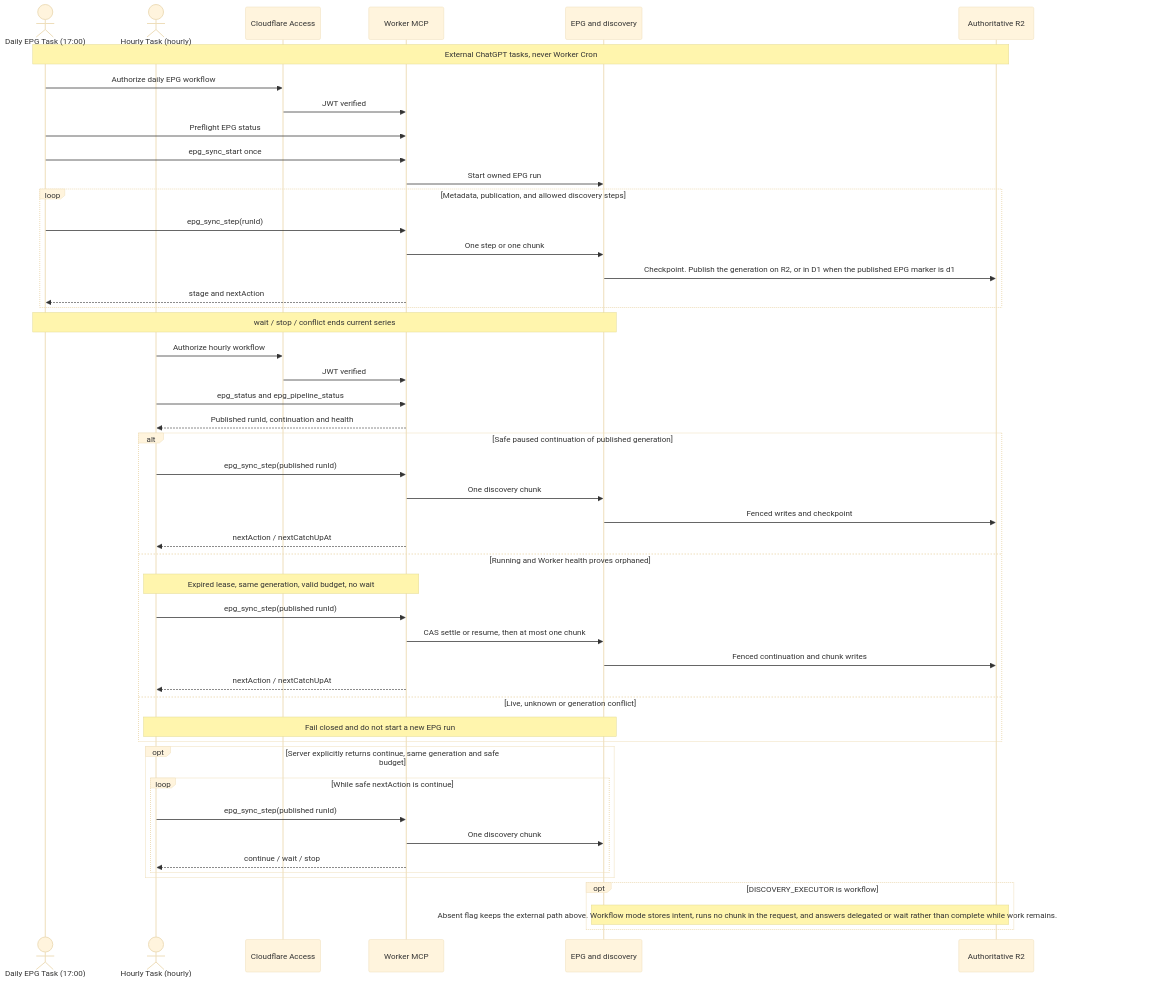
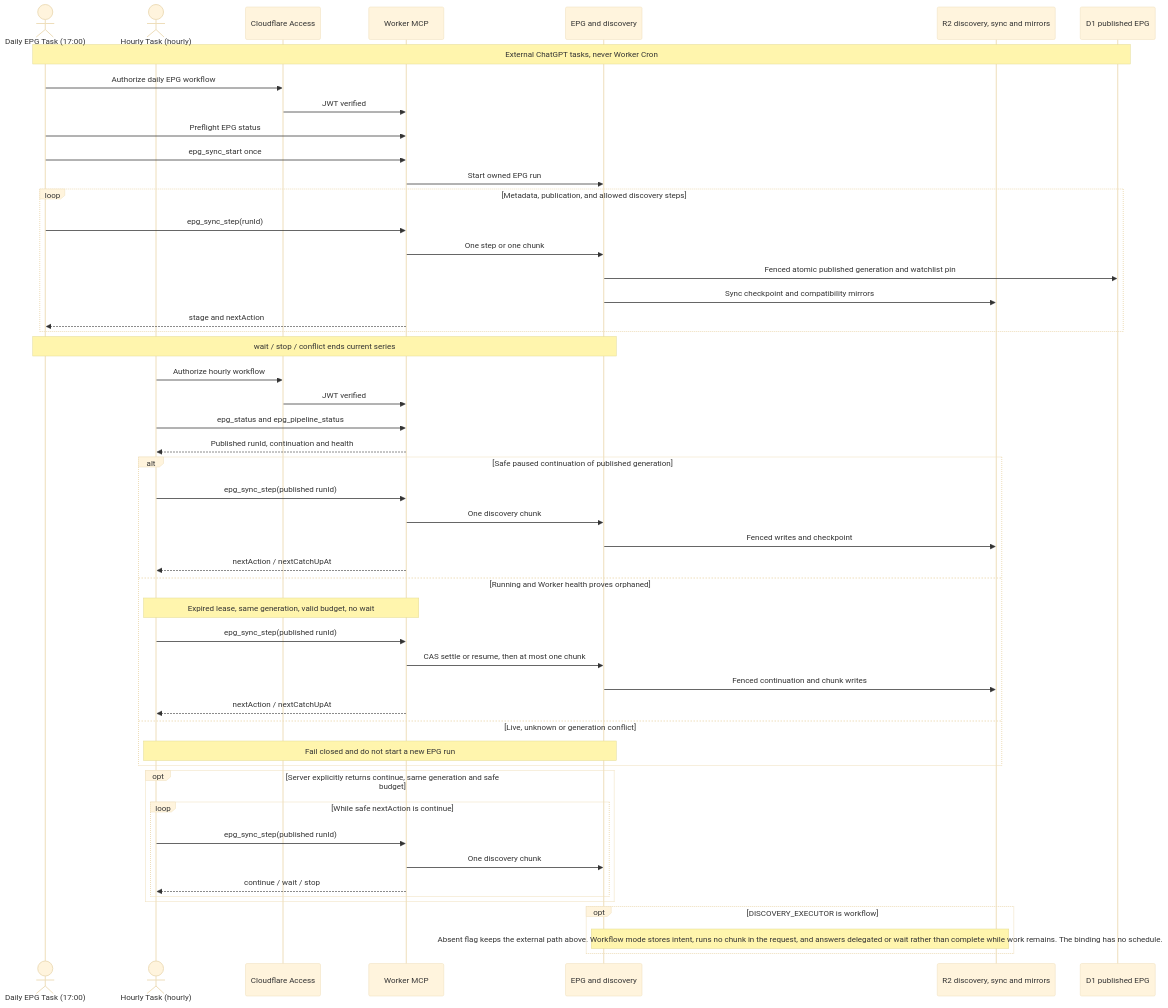
One commit to vladimino/iptv-watchlist changed the first of 6 diagrams in docs/architecture/scheduling-and-orchestration.md. Above: the diagram before and after it, drawn with Mermaid (base theme). The commit also changed other lines of this file and 10 other files, not shown here.

````diff
--- a/docs/architecture/scheduling-and-orchestration.md
+++ b/docs/architecture/scheduling-and-orchestration.md
@@ -9,50 +9,52 @@
 ```mermaid
 sequenceDiagram
     actor Daily as Daily EPG Task (17:00)
     actor Hourly as Hourly Task (hourly)
     participant Access as Cloudflare Access
     participant MCP as Worker MCP
     participant EPG as EPG and discovery
-    participant R2 as Authoritative R2
-    Note over Daily,R2: External ChatGPT tasks, never Worker Cron
+    participant R2 as R2 discovery, sync and mirrors
+    participant D1 as D1 published EPG
+    Note over Daily,D1: External ChatGPT tasks, never Worker Cron
     Daily->>Access: Authorize daily EPG workflow
     Access->>MCP: JWT verified
     Daily->>MCP: Preflight EPG status
     Daily->>MCP: epg_sync_start once
     MCP->>EPG: Start owned EPG run
     loop Metadata, publication, and allowed discovery steps
         Daily->>MCP: epg_sync_step(runId)
         MCP->>EPG: One step or one chunk
-        EPG->>R2: Checkpoint. Publish the generation on R2, or in D1 when the published EPG marker is d1
+        EPG->>D1: Fenced atomic published generation and watchlist pin
+        EPG->>R2: Sync checkpoint and compatibility mirrors
         MCP-->>Daily: stage and nextAction
     end
     Note over Daily,EPG: wait / stop / conflict ends current series
     Hourly->>Access: Authorize hourly workflow
     Access->>MCP: JWT verified
     Hourly->>MCP: epg_status and epg_pipeline_status
     MCP-->>Hourly: Published runId, continuation and health
     alt Safe paused continuation of published generation
         Hourly->>MCP: epg_sync_step(published runId)
         MCP->>EPG: One discovery chunk
         EPG->>R2: Fenced writes and checkpoint
         MCP-->>Hourly: nextAction / nextCatchUpAt
     else Running and Worker health proves orphaned
         Note over Hourly,MCP: Expired lease, same generation, valid budget, no wait
         Hourly->>MCP: epg_sync_step(published runId)
         MCP->>EPG: CAS settle or resume, then at most one chunk
         EPG->>R2: Fenced continuation and chunk writes
         MCP-->>Hourly: nextAction / nextCatchUpAt
     else Live, unknown or generation conflict
         Note over Hourly,EPG: Fail closed and do not start a new EPG run
     end
     opt Server explicitly returns continue, same generation and safe budget
         loop While safe nextAction is continue
             Hourly->>MCP: epg_sync_step(published runId)
             MCP->>EPG: One discovery chunk
             MCP-->>Hourly: continue / wait / stop
         end
     end
     opt DISCOVERY_EXECUTOR is workflow
         Note over EPG,R2: Absent flag keeps the external path above. Workflow mode stores intent, runs no chunk in the request, and answers delegated or wait rather than complete while work remains. The binding has no schedule.
     end
 ```
````
